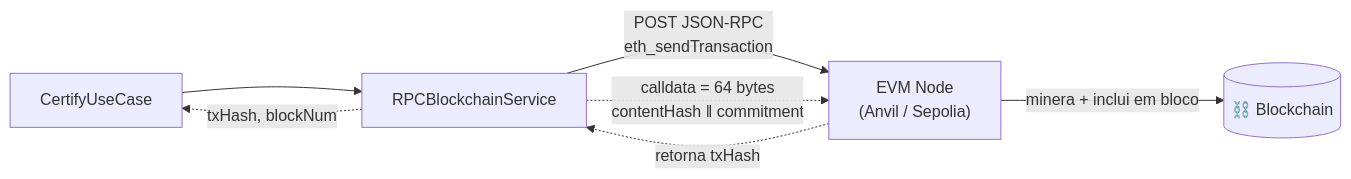
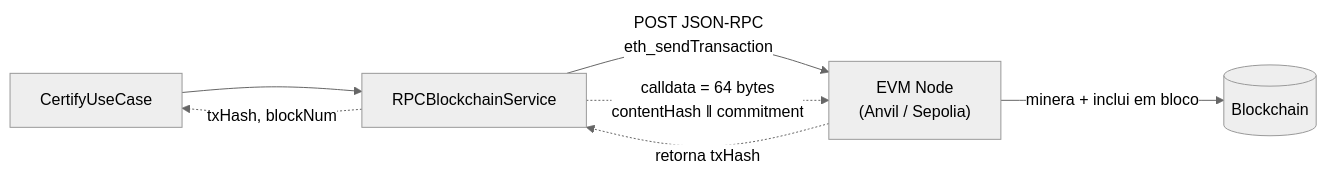
One commit to waizbart/aletheia-api changed the fourth of 5 diagrams in docs/ARCHITECTURE.md. Above: the diagram before and after it, drawn with Mermaid. The commit also changed other lines of this file and 3 other files, not shown here.

First line of the commit message:
docs: rewrite README and clean diagrams

````diff
--- a/docs/ARCHITECTURE.md
+++ b/docs/ARCHITECTURE.md
@@ -156,11 +140,11 @@
 ```mermaid
-%%{init: {'theme': 'default'}}%%
+%%{init: {'theme': 'neutral'}}%%
 flowchart LR
     UC["CertifyUseCase"] --> SVC["RPCBlockchainService"]
     SVC -- "POST JSON-RPC<br/>eth_sendTransaction" --> NODE["EVM Node<br/>(Anvil / Sepolia)"]
-    NODE -- "minera + inclui em bloco" --> CHAIN[("⛓️ Blockchain")]
+    NODE -- "minera + inclui em bloco" --> CHAIN[("Blockchain")]
     NODE -. "retorna txHash" .-> SVC
     SVC -. "txHash, blockNum" .-> UC
 
     SVC -. "calldata = 64 bytes<br/>contentHash ‖ commitment" .-> NODE
 ```
````
